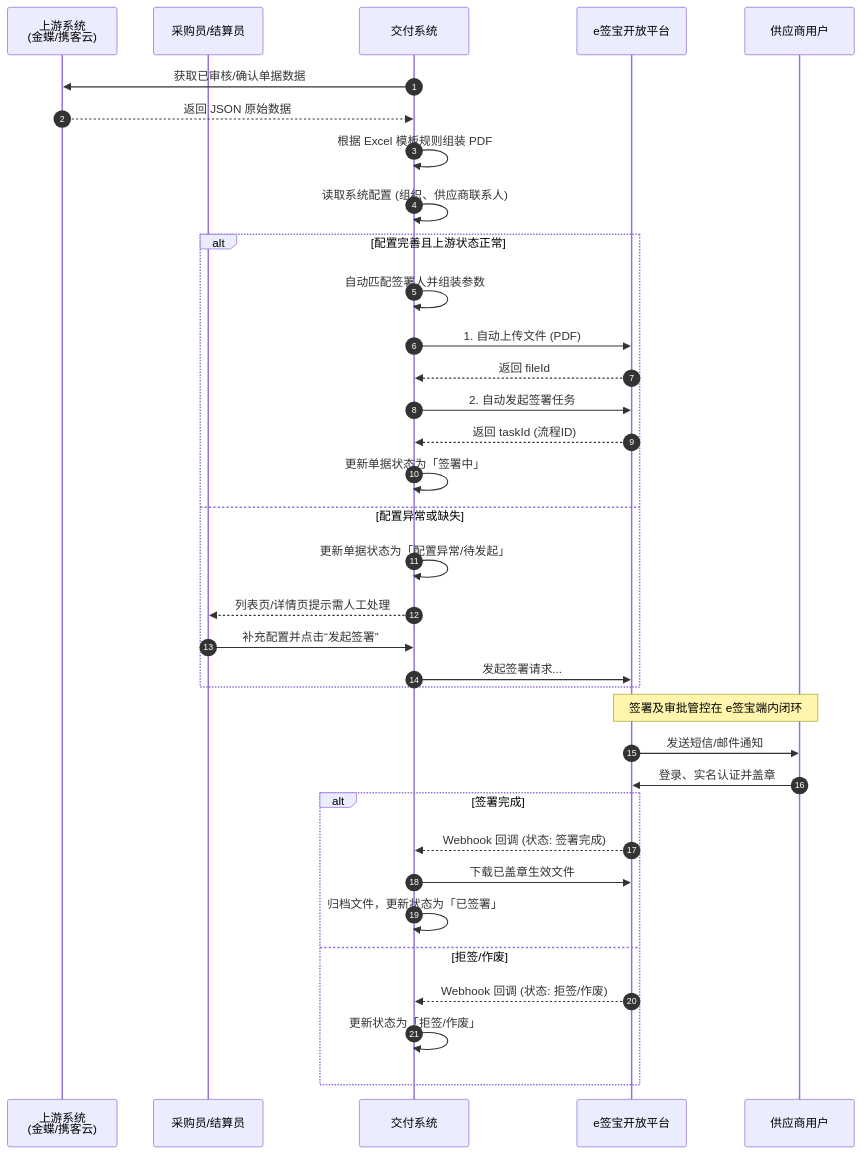
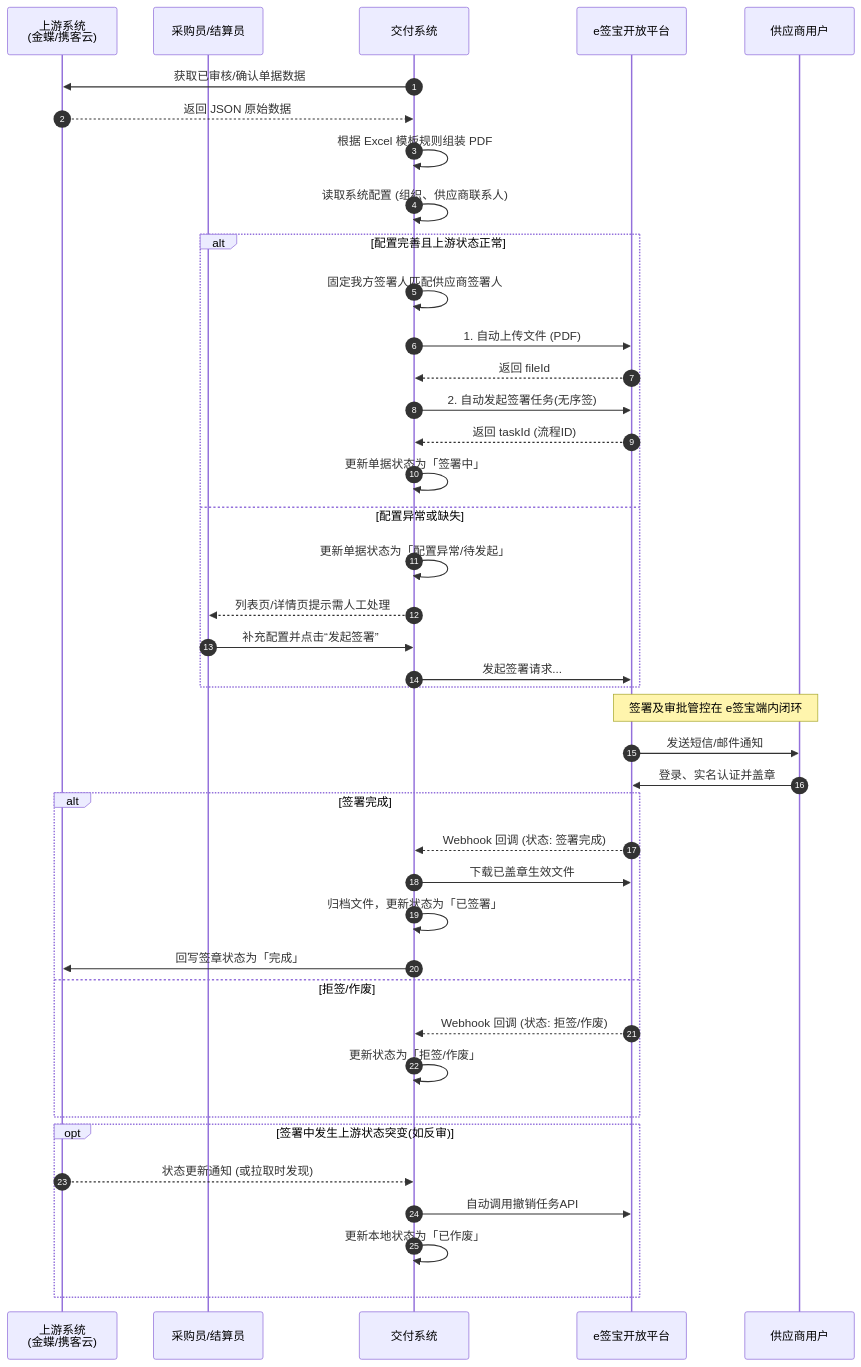
Before and after one commit to Lynne0821/e-sign-prototypes: the second of 3 diagrams in docs/requirements/20260610_采购对账e签宝对接/03_CoreProcessDesign.md, drawn with Mermaid. The commit also changed other lines of this file and 5 other files, not shown here.

````diff
--- a/docs/requirements/20260610_采购对账e签宝对接/03_CoreProcessDesign.md
+++ b/docs/requirements/20260610_采购对账e签宝对接/03_CoreProcessDesign.md
@@ -57,41 +62,48 @@
 ```mermaid
 sequenceDiagram
   autonumber
   participant Upstream as 上游系统<br>(金蝶/携客云)
   participant Operator as 采购员/结算员
   participant Delivery as 交付系统
   participant eSign as e签宝开放平台
   participant Supplier as 供应商用户
 
   Delivery->>Upstream: 获取已审核/确认单据数据
   Upstream-->>Delivery: 返回 JSON 原始数据
   Delivery->>Delivery: 根据 Excel 模板规则组装 PDF
   Delivery->>Delivery: 读取系统配置 (组织、供应商联系人)
   
   alt 配置完善且上游状态正常
-    Delivery->>Delivery: 自动匹配签署人并组装参数
+    Delivery->>Delivery: 固定我方签署人匹配供应商签署人
     Delivery->>eSign: 1. 自动上传文件 (PDF)
     eSign-->>Delivery: 返回 fileId
-    Delivery->>eSign: 2. 自动发起签署任务
+    Delivery->>eSign: 2. 自动发起签署任务(无序签)
     eSign-->>Delivery: 返回 taskId (流程ID)
     Delivery->>Delivery: 更新单据状态为「签署中」
   else 配置异常或缺失
     Delivery->>Delivery: 更新单据状态为「配置异常/待发起」
     Delivery-->>Operator: 列表页/详情页提示需人工处理
     Operator->>Delivery: 补充配置并点击“发起签署”
     Delivery->>eSign: 发起签署请求...
   end
   
   Note over eSign,Supplier: 签署及审批管控在 e签宝端内闭环
   eSign->>Supplier: 发送短信/邮件通知
   Supplier->>eSign: 登录、实名认证并盖章
   
   alt 签署完成
     eSign-->>Delivery: Webhook 回调 (状态: 签署完成)
     Delivery->>eSign: 下载已盖章生效文件
     Delivery->>Delivery: 归档文件，更新状态为「已签署」
+    Delivery->>Upstream: 回写签章状态为「完成」
   else 拒签/作废
     eSign-->>Delivery: Webhook 回调 (状态: 拒签/作废)
     Delivery->>Delivery: 更新状态为「拒签/作废」
   end
+
+  opt 签署中发生上游状态突变(如反审)
+    Upstream-->>Delivery: 状态更新通知 (或拉取时发现)
+    Delivery->>eSign: 自动调用撤销任务API
+    Delivery->>Delivery: 更新本地状态为「已作废」
+  end
 ```
````
